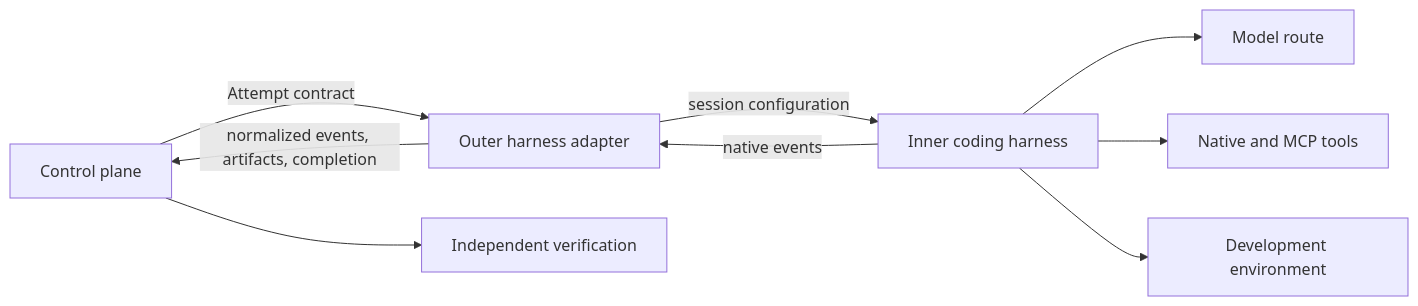
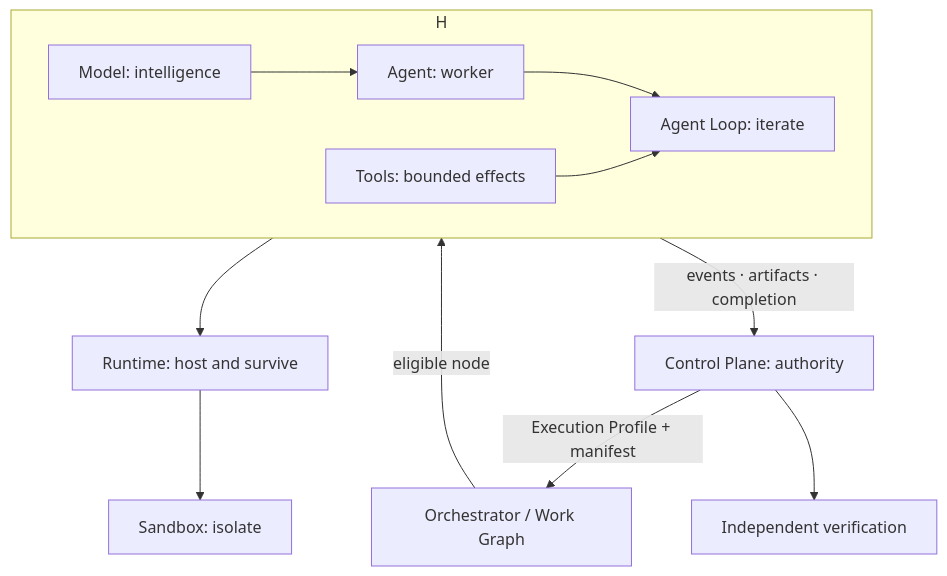
The first of 4 diagrams in guide/03-build/15-coding-harnesses-and-agent-protocols.md (jaydubya818/ai-software-factory-mastery), drawn with Mermaid before and after one commit. The commit also changed other lines of this file and 27 other files, not shown here.

````diff
--- a/guide/03-build/15-coding-harnesses-and-agent-protocols.md
+++ b/guide/03-build/15-coding-harnesses-and-agent-protocols.md
@@ -39,11 +96,14 @@
 ```mermaid
-flowchart LR
-    CP["Control plane"] -->|"Attempt contract"| Outer["Outer harness adapter"]
-    Outer -->|"session configuration"| Inner["Inner coding harness"]
-    Inner --> Model["Model route"]
-    Inner --> Tools["Native and MCP tools"]
-    Inner --> Env["Development environment"]
-    Inner -->|"native events"| Outer
-    Outer -->|"normalized events, artifacts, completion"| CP
-    CP --> Verify["Independent verification"]
+flowchart TB
+    CP["Control Plane: authority"] -->|"Execution Profile + manifest"| O["Orchestrator / Work Graph"]
+    O -->|"eligible node"| H["Agent Harness: operating envelope"]
+    subgraph H
+        A["Agent: worker"] --> L["Agent Loop: iterate"]
+        M["Model: intelligence"] --> A
+        T["Tools: bounded effects"] --> L
+    end
+    H --> R["Runtime: host and survive"]
+    R --> S["Sandbox: isolate"]
+    H -->|"events · artifacts · completion"| CP
+    CP --> V["Independent verification"]
 ```
````
